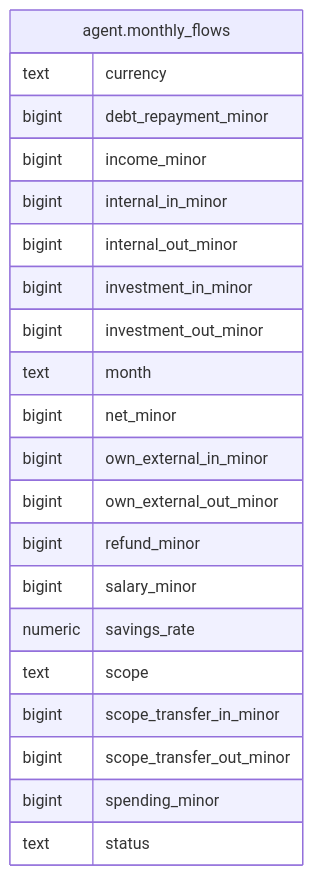
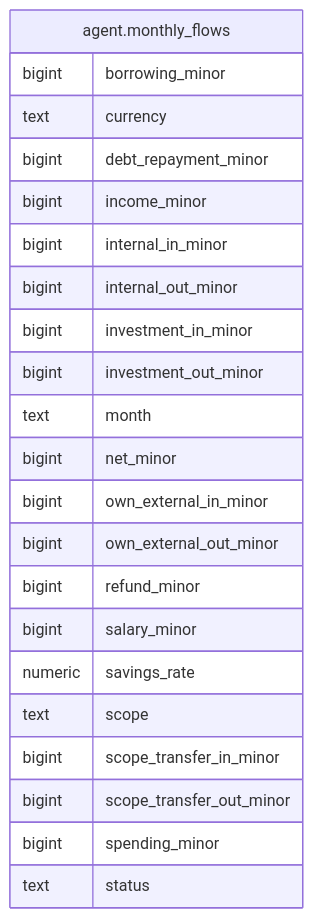
Before and after one commit to rknightion/finstore: the diagram in docs/schema/agent.monthly_flows.md, drawn with Mermaid. The commit also changed other lines of this file and 22 other files, not shown here.

Commit message:
feat(insights): add a borrowing flow class for loan drawdowns (#190)

````diff
--- a/docs/schema/agent.monthly_flows.md
+++ b/docs/schema/agent.monthly_flows.md
@@ -72,26 +74,27 @@
 ```mermaid
 erDiagram
 
 
 "agent.monthly_flows" {
+  bigint borrowing_minor
   text currency
   bigint debt_repayment_minor
   bigint income_minor
   bigint internal_in_minor
   bigint internal_out_minor
   bigint investment_in_minor
   bigint investment_out_minor
   text month
   bigint net_minor
   bigint own_external_in_minor
   bigint own_external_out_minor
   bigint refund_minor
   bigint salary_minor
   numeric savings_rate
   text scope
   bigint scope_transfer_in_minor
   bigint scope_transfer_out_minor
   bigint spending_minor
   text status
 }
 ```
````
